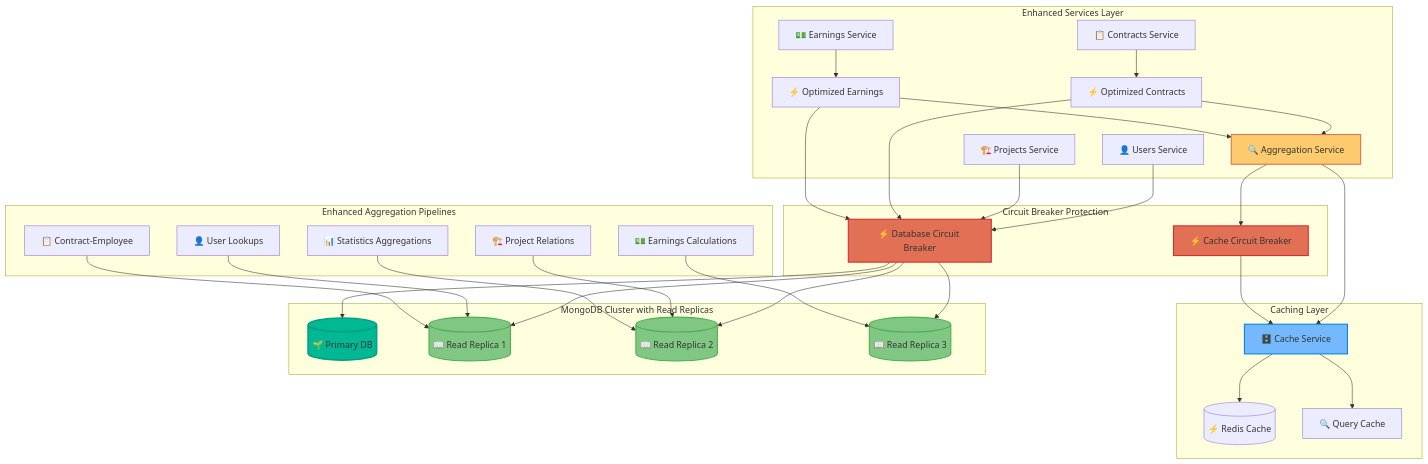
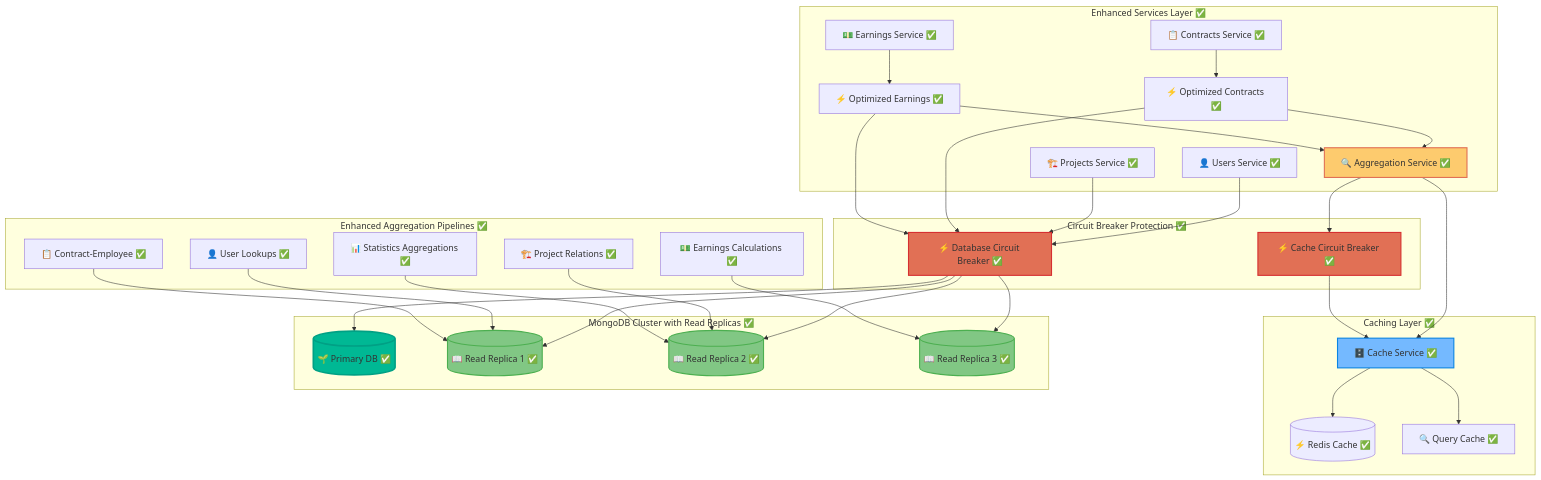
One commit to abdoElHodaky/Nestcms changed the third of 4 diagrams in docs/diagrams/system-architecture.md. Above: the diagram before and after it, drawn with Mermaid. The commit also changed other lines of this file and 1 other file, not shown here.

First line of the commit message:
docs: update architecture diagrams with implementation status

````diff
--- a/docs/diagrams/system-architecture.md
+++ b/docs/diagrams/system-architecture.md
@@ -231,79 +233,79 @@
 ```mermaid
 graph TB
-    subgraph "Enhanced Services Layer"
-        US[👤 Users Service]
-        PS[🏗️ Projects Service]
-        CS[📋 Contracts Service]
-        ES[💵 Earnings Service]
-        OCS[⚡ Optimized Contracts]
-        OES[⚡ Optimized Earnings]
-        AS[🔍 Aggregation Service]
+    subgraph "Enhanced Services Layer ✅"
+        US[👤 Users Service ✅]
+        PS[🏗️ Projects Service ✅]
+        CS[📋 Contracts Service ✅]
+        ES[💵 Earnings Service ✅]
+        OCS[⚡ Optimized Contracts ✅]
+        OES[⚡ Optimized Earnings ✅]
+        AS[🔍 Aggregation Service ✅]
     end
     
-    subgraph "Circuit Breaker Protection"
-        DBCB[⚡ Database Circuit Breaker]
-        CacheCB[⚡ Cache Circuit Breaker]
+    subgraph "Circuit Breaker Protection ✅"
+        DBCB[⚡ Database Circuit Breaker ✅]
+        CacheCB[⚡ Cache Circuit Breaker ✅]
     end
     
-    subgraph "Caching Layer"
-        CacheService[🗄️ Cache Service]
-        Redis[(⚡ Redis Cache)]
-        QueryCache[🔍 Query Cache]
+    subgraph "Caching Layer ✅"
+        CacheService[🗄️ Cache Service ✅]
+        Redis[(⚡ Redis Cache ✅)]
+        QueryCache[🔍 Query Cache ✅]
     end
     
-    subgraph "Enhanced Aggregation Pipelines"
-        UL[👤 User Lookups]
-        PL[🏗️ Project Relations]
-        CL[📋 Contract-Employee]
-        EL[💵 Earnings Calculations]
-        SL[📊 Statistics Aggregations]
+    subgraph "Enhanced Aggregation Pipelines ✅"
+        UL[👤 User Lookups ✅]
+        PL[🏗️ Project Relations ✅]
+        CL[📋 Contract-Employee ✅]
+        EL[💵 Earnings Calculations ✅]
+        SL[📊 Statistics Aggregations ✅]
     end
     
-    subgraph "MongoDB Cluster with Read Replicas"
-        Primary[(🌱 Primary DB)]
-        Replica1[(📖 Read Replica 1)]
-        Replica2[(📖 Read Replica 2)]
-        Replica3[(📖 Read Replica 3)]
+    subgraph "MongoDB Cluster with Read Replicas ✅"
+        Primary[(🌱 Primary DB ✅)]
+        Replica1[(📖 Read Replica 1 ✅)]
+        Replica2[(📖 Read Replica 2 ✅)]
+        Replica3[(📖 Read Replica 3 ✅)]
     end
     
     %% Enhanced Service Flow
     CS --> OCS
     ES --> OES
     OCS --> AS
     OES --> AS
     AS --> CacheService
     
     %% Circuit Breaker Integration
     US --> DBCB
     PS --> DBCB
     OCS --> DBCB
     OES --> DBCB
     AS --> CacheCB
     
     %% Caching Flow
     CacheCB --> CacheService
     CacheService --> Redis
     CacheService --> QueryCache
     
     %% Database Flow
     DBCB --> Primary
     DBCB --> Replica1
     DBCB --> Replica2
     DBCB --> Replica3
     
     %% Aggregation Pipeline Distribution
     UL --> Replica1
     PL --> Replica2
     CL --> Replica1
     EL --> Replica3
     SL --> Replica2
     
     style Primary fill:#00b894,stroke:#00a085,stroke-width:3px
     style Replica1 fill:#81c784,stroke:#4caf50,stroke-width:2px
     style Replica2 fill:#81c784,stroke:#4caf50,stroke-width:2px
     style Replica3 fill:#81c784,stroke:#4caf50,stroke-width:2px
     style DBCB fill:#e17055,stroke:#d63031,stroke-width:2px
     style CacheCB fill:#e17055,stroke:#d63031,stroke-width:2px
     style AS fill:#fdcb6e,stroke:#e17055,stroke-width:2px
     style CacheService fill:#74b9ff,stroke:#0984e3,stroke-width:2px
 ```
````
